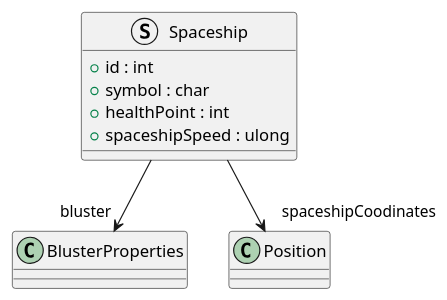
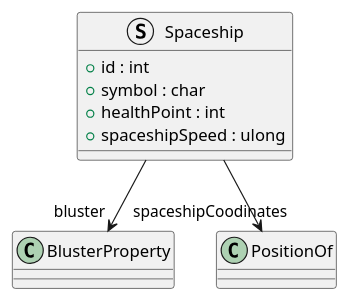
Before and after one commit to 19vano97/levelUpOOP: the diagram in plantuml/Galaga/Structs/Spaceship.puml, drawn with PlantUML. The commit also changed 30 other files, not shown here.

Commit message:
fix galaga to fraw a class diagram

```diff
--- a/plantuml/Galaga/Structs/Spaceship.puml
+++ b/plantuml/Galaga/Structs/Spaceship.puml
@@ -1,10 +1,10 @@
 @startuml
 struct Spaceship {
     + id : int
     + symbol : char
     + healthPoint : int
     + spaceshipSpeed : ulong
 }
-Spaceship --> "bluster" BlusterProperties
-Spaceship --> "spaceshipCoodinates" Position
+Spaceship --> "bluster" BlusterProperty
+Spaceship --> "spaceshipCoodinates" PositionOf
 @enduml
```
